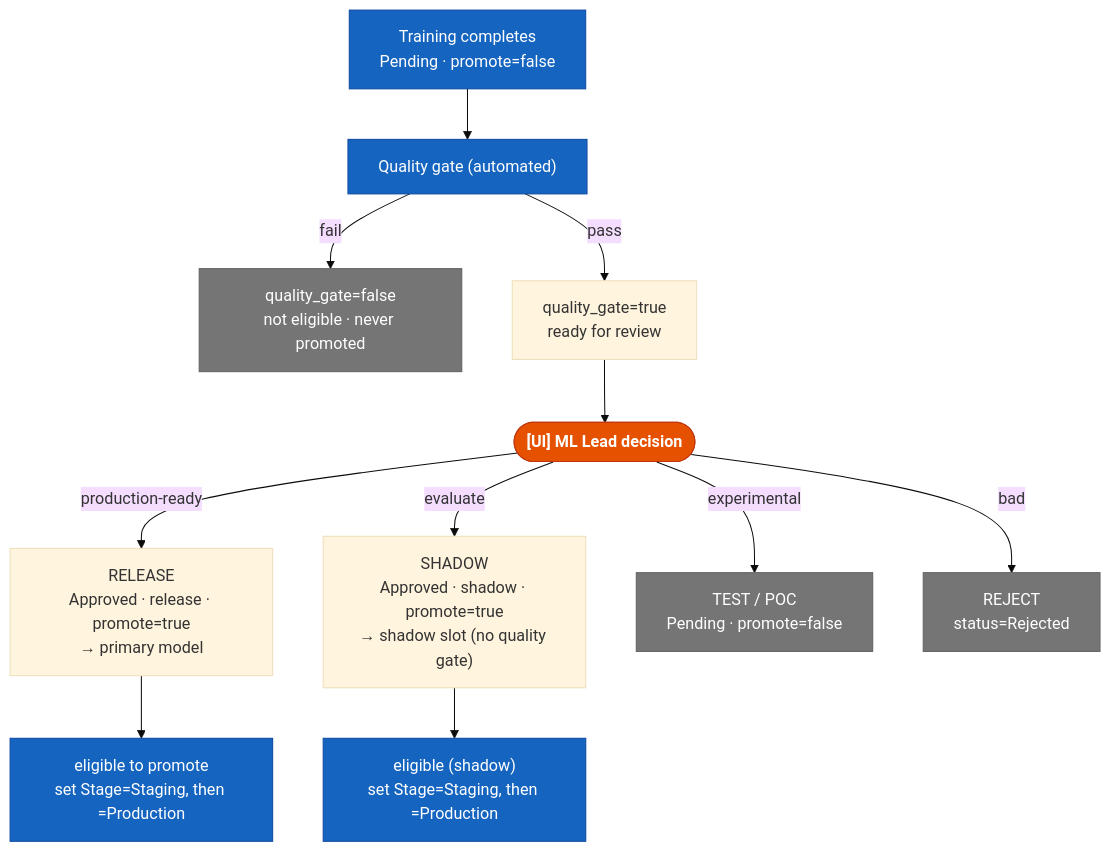
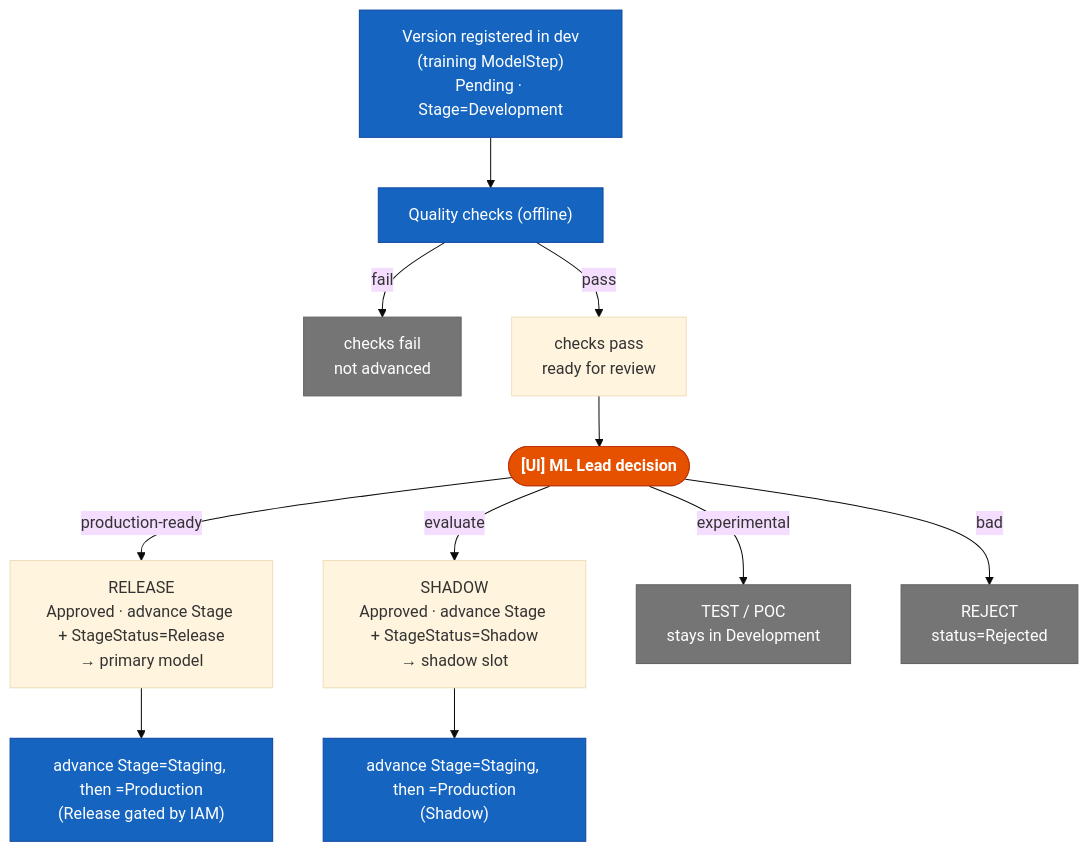
Before and after one commit to schilker/public: the sixth of 7 diagrams in test.md, drawn with Mermaid (base theme). The commit also changed other lines of this file, not shown here.

````diff
--- a/test.md
+++ b/test.md
@@ -357,32 +417,32 @@
 ```mermaid
 flowchart TD
     classDef human fill:#e65100,stroke:#bf360c,color:#fff,font-weight:bold
     classDef auto  fill:#1565c0,stroke:#0d47a1,color:#fff
     classDef dead  fill:#757575,stroke:#616161,color:#fff
 
-    START["Training completes\nPending · promote=false"]
-    QG["Quality gate (automated)"]
+    START["Version registered in dev\n(training ModelStep)\nPending · Stage=Development"]
+    QG["Quality checks (offline)"]
     START --> QG
-    FAIL["quality_gate=false\nnot eligible · never promoted"]
-    PASS["quality_gate=true\nready for review"]
+    FAIL["checks fail\nnot advanced"]
+    PASS["checks pass\nready for review"]
     QG -- "fail" --> FAIL
     QG -- "pass" --> PASS
     DEC(["[UI] ML Lead decision"])
     PASS --> DEC
-    REL["RELEASE\nApproved · release · promote=true\n→ primary model"]
-    SHAD["SHADOW\nApproved · shadow · promote=true\n→ shadow slot (no quality gate)"]
-    TEST["TEST / POC\nPending · promote=false"]
+    REL["RELEASE\nApproved · advance Stage + StageStatus=Release\n→ primary model"]
+    SHAD["SHADOW\nApproved · advance Stage + StageStatus=Shadow\n→ shadow slot"]
+    TEST["TEST / POC\nstays in Development"]
     REJ["REJECT\nstatus=Rejected"]
     DEC -- "production-ready" --> REL
     DEC -- "evaluate" --> SHAD
     DEC -- "experimental" --> TEST
     DEC -- "bad" --> REJ
-    EB1["eligible to promote\nset Stage=Staging, then =Production"]
-    EB2["eligible (shadow)\nset Stage=Staging, then =Production"]
+    EB1["advance Stage=Staging, then =Production\n(Release gated by IAM)"]
+    EB2["advance Stage=Staging, then =Production\n(Shadow)"]
     REL --> EB1
     SHAD --> EB2
 
     class DEC human
     class START,QG,EB1,EB2 auto
     class FAIL,TEST,REJ dead
 ```
````
